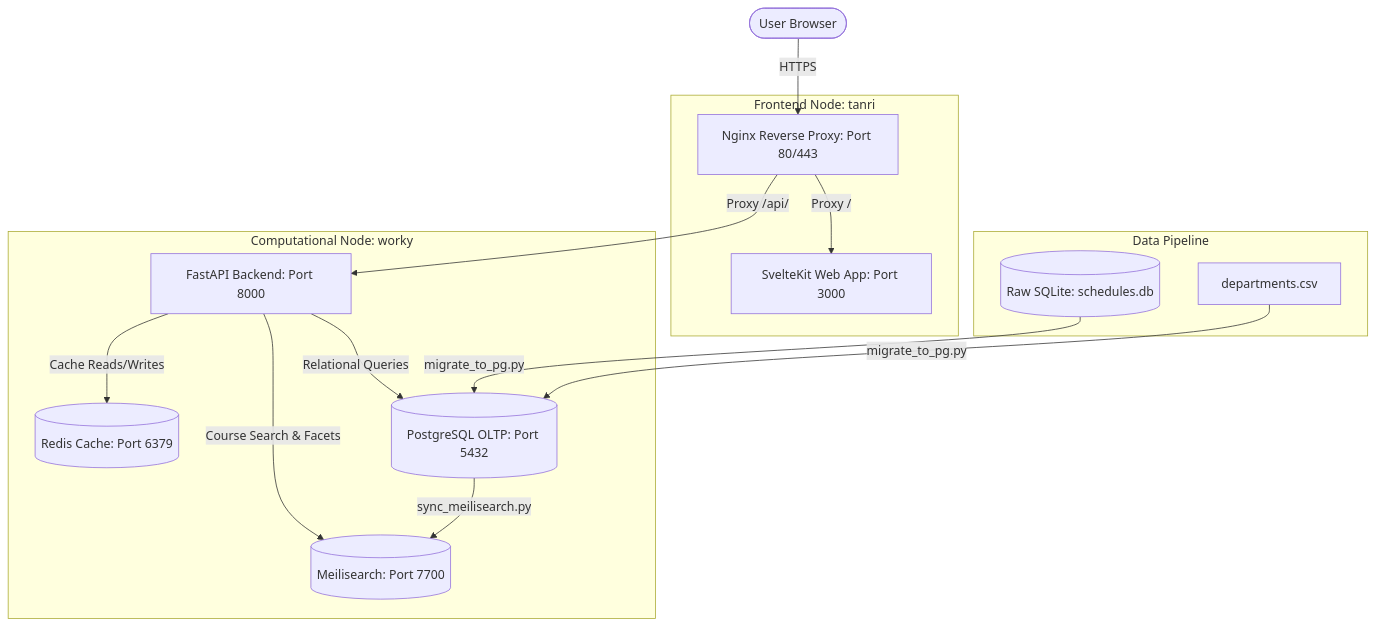
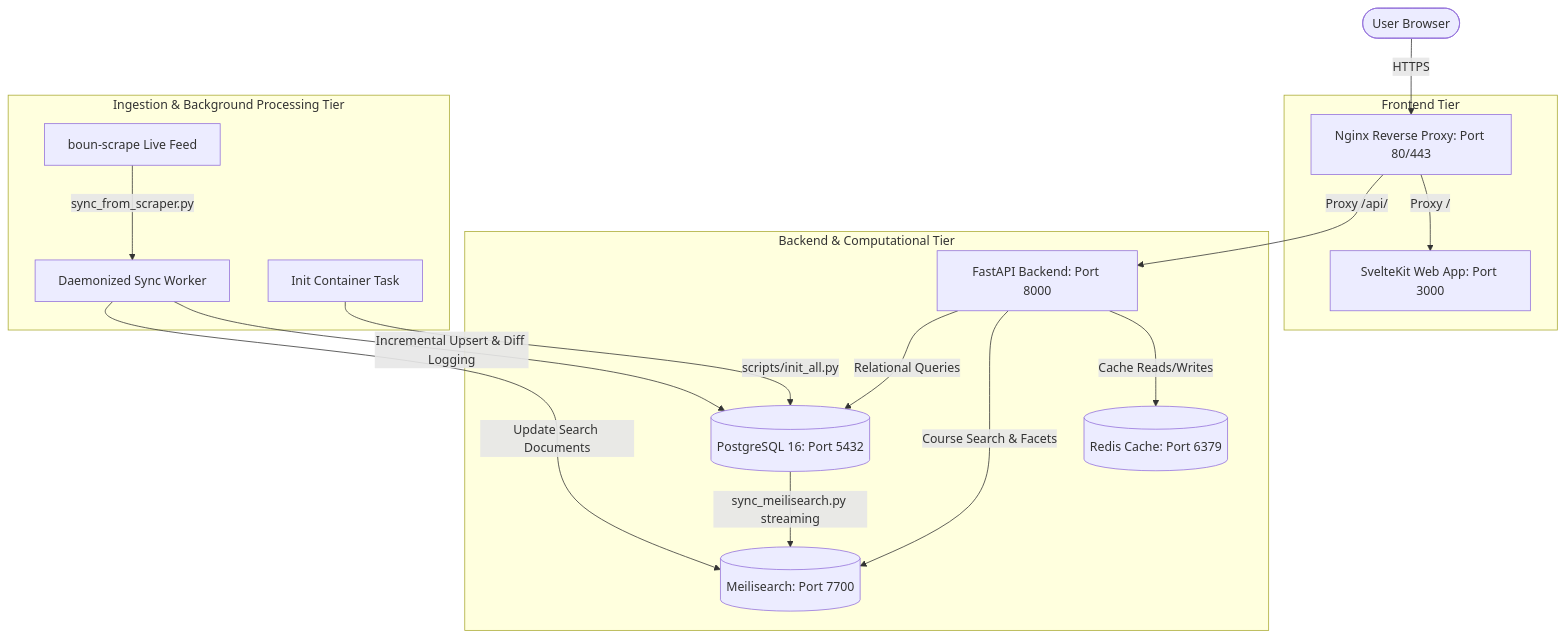
The diagram in docs/architecture.md (fusuycorp/boun-archive), drawn with Mermaid before and after one commit. The commit also changed other lines of this file, not shown here.

Commit message:
docs: update system architecture specifications to reflect active ADRs

````diff
--- a/docs/architecture.md
+++ b/docs/architecture.md
@@ -11,21 +11,23 @@
 ```mermaid
 graph TD
     User([User Browser]) -->|HTTPS| Nginx[Nginx Reverse Proxy: Port 80/443]
     
-    subgraph Frontend Node: tanri
+    subgraph Frontend Tier
         Nginx -->|Proxy / | SvelteKit[SvelteKit Web App: Port 3000]
     end
     
-    subgraph Computational Node: worky
+    subgraph Backend & Computational Tier
         Nginx -->|Proxy /api/ | FastAPI[FastAPI Backend: Port 8000]
         FastAPI -->|Cache Reads/Writes| Redis[(Redis Cache: Port 6379)]
         FastAPI -->|Course Search & Facets| Meilisearch[(Meilisearch: Port 7700)]
-        FastAPI -->|Relational Queries| PostgreSQL[(PostgreSQL OLTP: Port 5432)]
+        FastAPI -->|Relational Queries| PostgreSQL[(PostgreSQL 16: Port 5432)]
     end
 
-    subgraph Data Pipeline
-        SQLiteDB[(Raw SQLite: schedules.db)] -->|migrate_to_pg.py| PostgreSQL
-        DeptsCSV[departments.csv] -->|migrate_to_pg.py| PostgreSQL
-        PostgreSQL -->|sync_meilisearch.py| Meilisearch
+    subgraph Ingestion & Background Processing Tier
+        ScraperFeed[boun-scrape Live Feed] -->|sync_from_scraper.py| SyncWorker[Daemonized Sync Worker]
+        SyncWorker -->|Incremental Upsert & Diff Logging| PostgreSQL
+        SyncWorker -->|Update Search Documents| Meilisearch
+        InitTask[Init Container Task] -->|scripts/init_all.py| PostgreSQL
+        PostgreSQL -->|sync_meilisearch.py streaming| Meilisearch
     end
 ```
````
